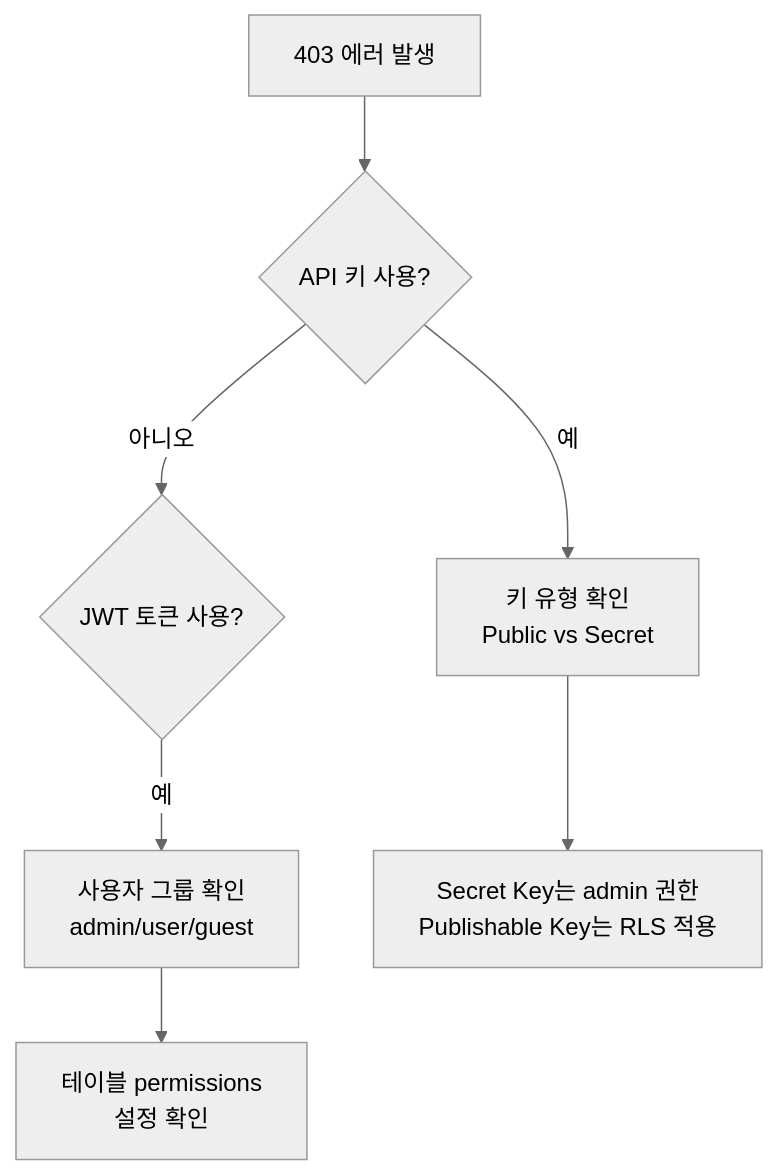
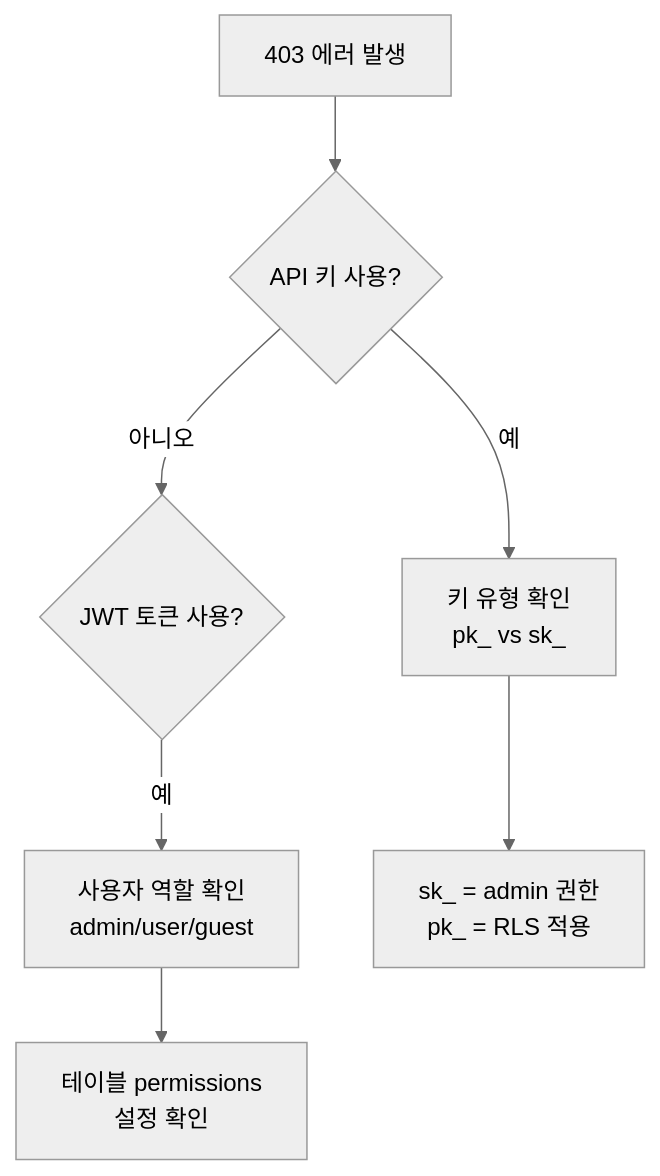
Before and after one commit to popup-studio-ai/bkend-docs: the diagram in ko/troubleshooting/01-common-errors.md, drawn with Mermaid (neutral theme). The commit also changed other lines of this file and 424 other files, not shown here.

````diff
--- a/ko/troubleshooting/01-common-errors.md
+++ b/ko/troubleshooting/01-common-errors.md
@@ -95,9 +113,9 @@
 ```mermaid
 flowchart TD
     A[403 에러 발생] --> B{API 키 사용?}
-    B -->|예| C[키 유형 확인<br/>Public vs Secret]
+    B -->|예| C[키 유형 확인<br/>pk_ vs sk_]
     B -->|아니오| D{JWT 토큰 사용?}
-    D -->|예| E[사용자 그룹 확인<br/>admin/user/guest]
-    C --> F[Secret Key는 admin 권한<br/>Publishable Key는 RLS 적용]
+    D -->|예| E[사용자 역할 확인<br/>admin/user/guest]
+    C --> F[sk_ = admin 권한<br/>pk_ = RLS 적용]
     E --> G[테이블 permissions<br/>설정 확인]
 ```
````
